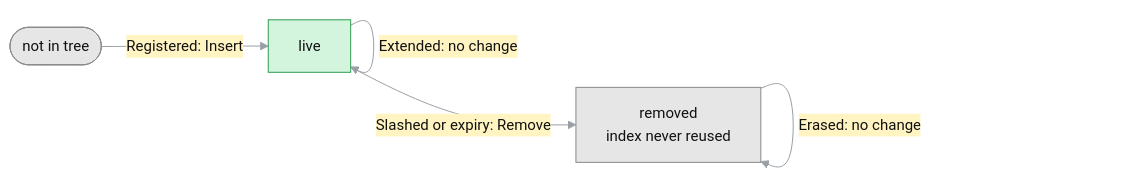
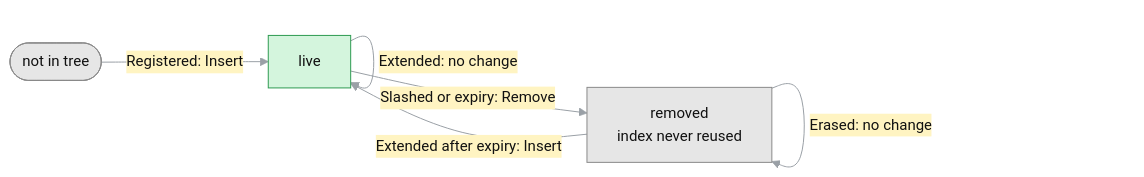
The third of 5 diagrams in docs/rfc-rln-membership-zone.md (logos-co/logos-rln-membership-zone), drawn with Mermaid before and after one commit. The commit also changed other lines of this file and 19 other files, not shown here.

````diff
--- a/docs/rfc-rln-membership-zone.md
+++ b/docs/rfc-rln-membership-zone.md
@@ -284,13 +296,14 @@
 ```mermaid
 %%{init: {"theme": "base", "themeVariables": {"lineColor": "#9aa0a6", "primaryTextColor": "#111111", "edgeLabelBackground": "#fff4c2", "fontSize": "15px"}}}%%
 flowchart LR
     ABS(["not in tree"]) -->|"Registered: Insert"| LIVE["live"]
     LIVE -->|"Extended: no change"| LIVE
     LIVE -->|"Slashed or expiry: Remove"| REM["removed<br/>index never reused"]
+    REM -->|"Extended after expiry: Insert"| LIVE
     REM -->|"Erased: no change"| REM
 
     classDef live fill:#d4f5dd,stroke:#2e9b52,color:#111111
     classDef done fill:#e6e6e6,stroke:#8a8a8a,color:#111111
     class ABS,REM done
     class LIVE live
 ```
````
